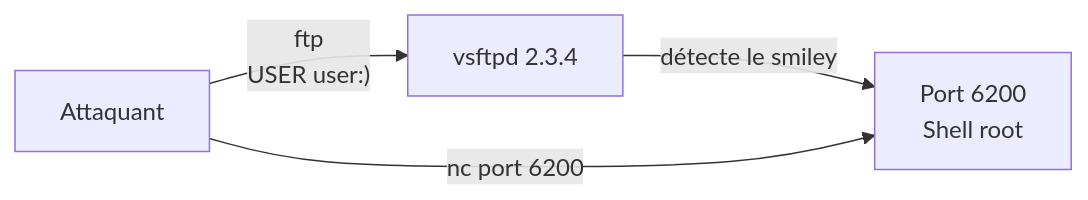
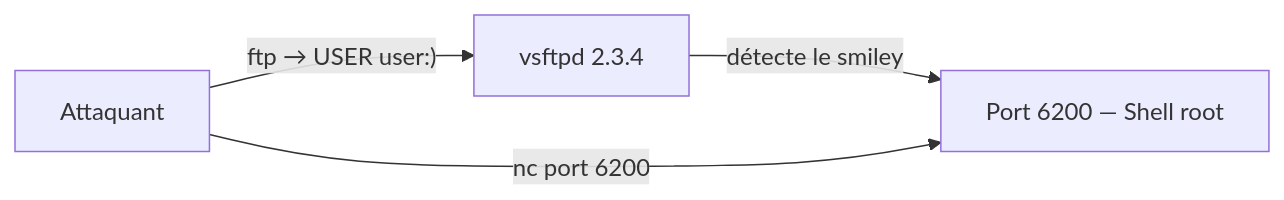
The third of 4 diagrams in JOUR-02.md (yugmerabtene/techniques-de-hacking-niveau-1), drawn with Mermaid before and after one commit. The commit also changed other lines of this file and 8 other files, not shown here.

````diff
--- a/JOUR-02.md
+++ b/JOUR-02.md
@@ -182,6 +156,6 @@
 ```mermaid
 flowchart LR
-    A["Attaquant"] -->|"ftp<br/>USER user:)"| B["vsftpd 2.3.4"]
-    B -->|"détecte le smiley"| C["Port 6200<br/>Shell root"]
+    A["Attaquant"] -->|"ftp → USER user:)"| B["vsftpd 2.3.4"]
+    B -->|"détecte le smiley"| C["Port 6200 — Shell root"]
     A -->|"nc port 6200"| C
 ```
````
